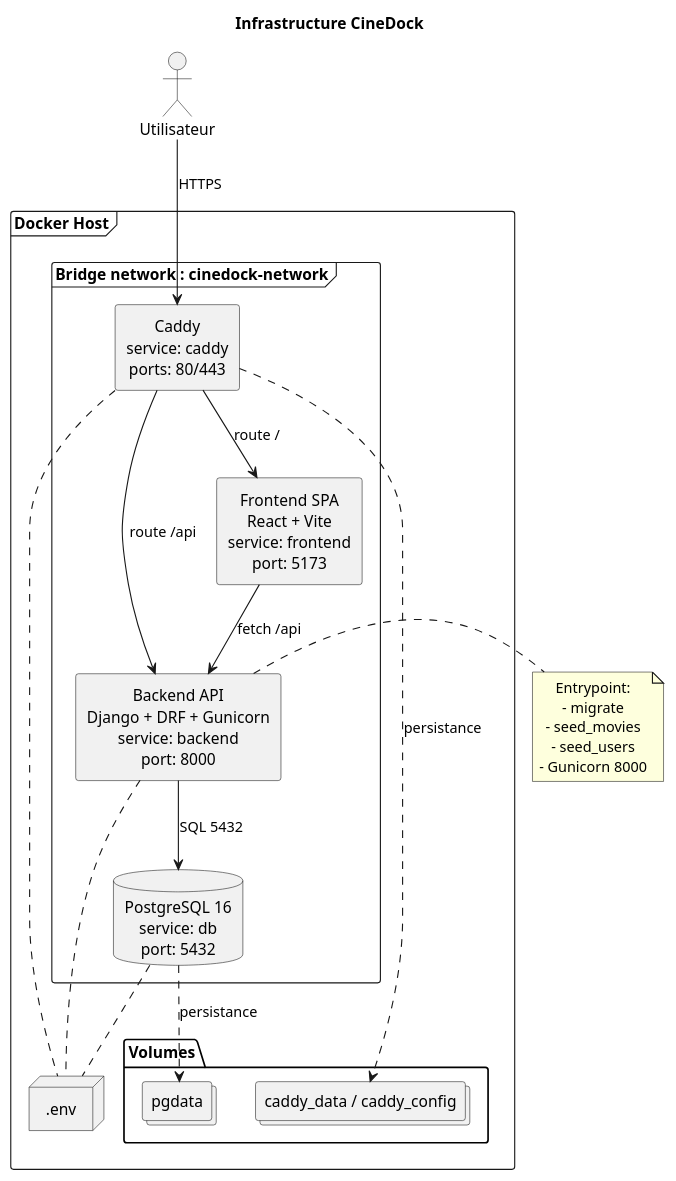
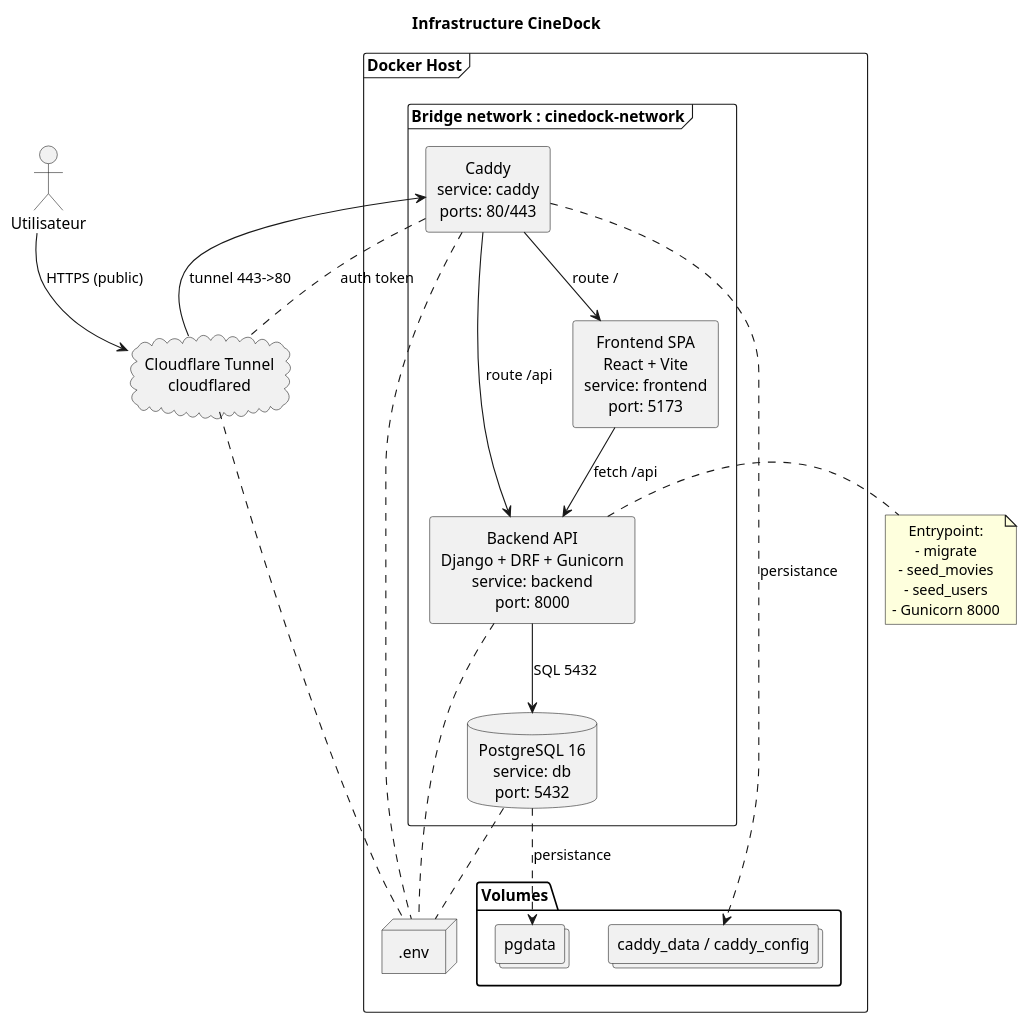
One commit to theohugo/CineDock changed the diagram in architecture.puml. Above: the diagram before and after it, drawn with PlantUML. The commit also changed 1 other file, not shown here.

```diff
--- a/architecture.puml
+++ b/architecture.puml
@@ -1,47 +1,51 @@
 @startuml
 hide stereotype
 skinparam shadowing false
 skinparam componentStyle rectangle
 skinparam defaultTextAlignment center
 
 title Infrastructure CineDock
 
 actor "Utilisateur" as User
+cloud "Cloudflare Tunnel\ncloudflared" as Cloudflare
 
 frame "Docker Host" {
     frame "Bridge network : cinedock-network" {
         component "Caddy\nservice: caddy\nports: 80/443" as Caddy
         component "Frontend SPA\nReact + Vite\nservice: frontend\nport: 5173" as Frontend
         component "Backend API\nDjango + DRF + Gunicorn\nservice: backend\nport: 8000" as Backend
         database "PostgreSQL 16\nservice: db\nport: 5432" as DB
     }
 
     folder "Volumes" {
         collections "caddy_data / caddy_config" as CaddyVolumes
         collections "pgdata" as PgVolume
     }
 
     node ".env" as EnvFile
 }
 
-User --> Caddy : HTTPS
+User --> Cloudflare : HTTPS (public)
+Cloudflare --> Caddy : tunnel 443->80
 Caddy --> Frontend : route /
 Caddy --> Backend : route /api
 Frontend --> Backend : fetch /api
 Backend --> DB : SQL 5432
 
 Caddy ..> CaddyVolumes : persistance
 DB ..> PgVolume : persistance
+Caddy .. Cloudflare : auth token
 Caddy .. EnvFile
 Backend .. EnvFile
 DB .. EnvFile
+Cloudflare .. EnvFile
 
 note right of Backend
     Entrypoint:
     - migrate
     - seed_movies
     - seed_users
     - Gunicorn 8000
 end note
 
 @enduml
```
